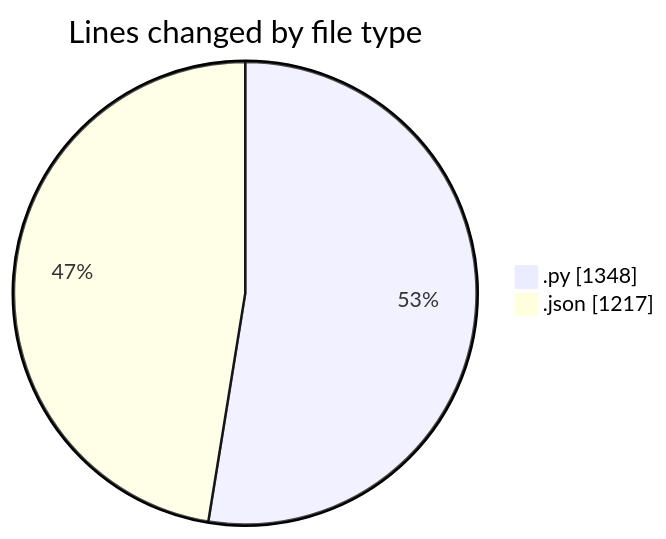
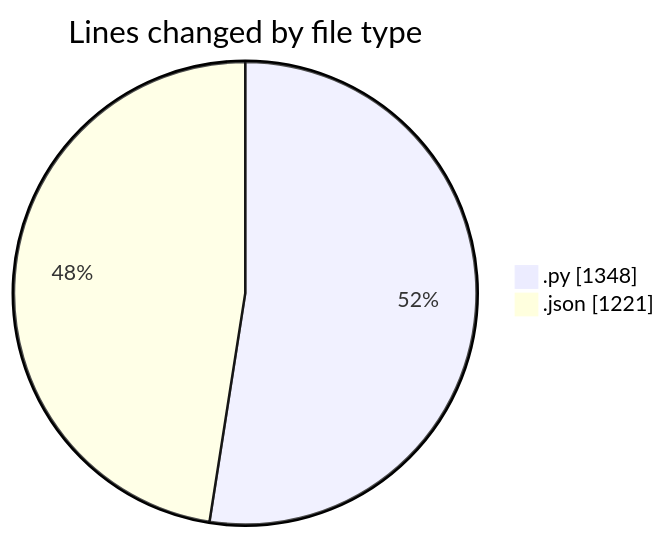
One commit to EIIisD/code-tracking changed the first of 2 diagrams in 2025-07-28/refunds/README.md. Above: the diagram before and after it, drawn with Mermaid. The commit also changed other lines of this file and 1 other file, not shown here.

````diff
--- a/2025-07-28/refunds/README.md
+++ b/2025-07-28/refunds/README.md
@@ -22,6 +22,6 @@
 ```mermaid
 pie showData
 title Lines changed by file type
 ".py" : 1348
-".json" : 1217
+".json" : 1221
 ```
````
